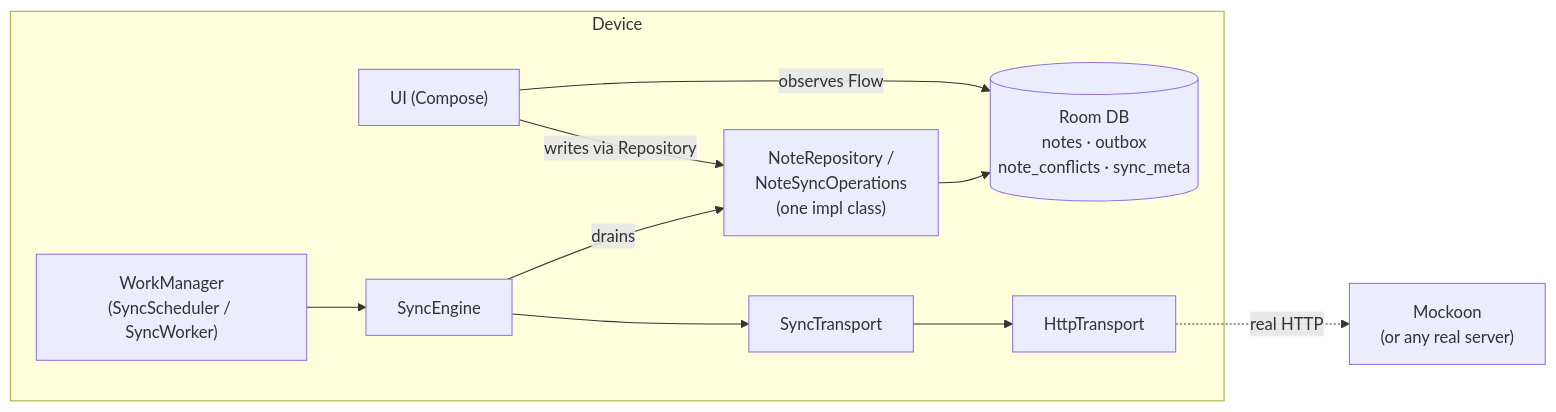
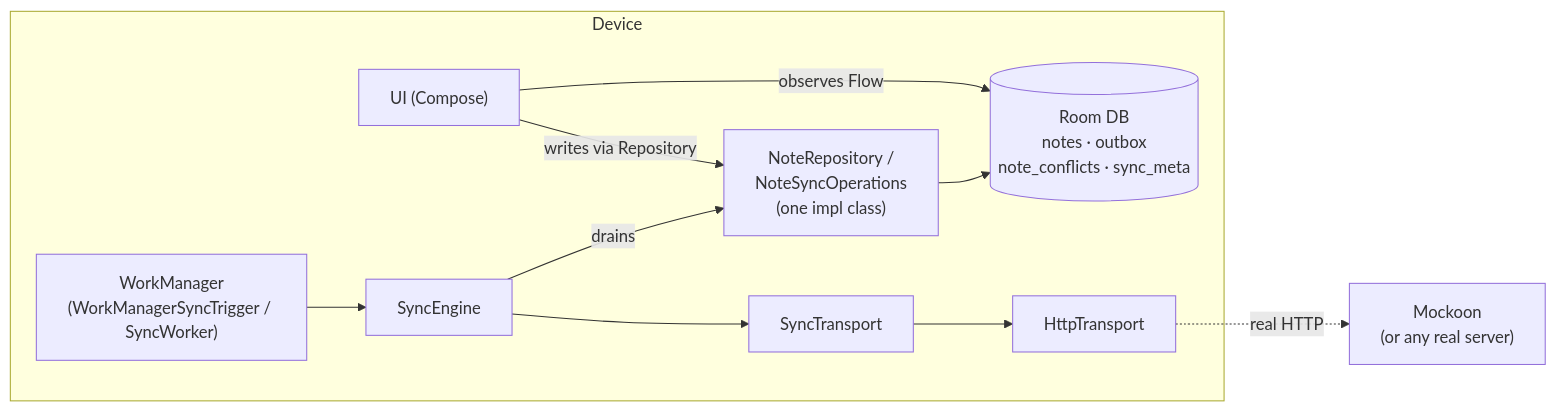
One commit to savvasg28/offline-notes changed the first of 4 diagrams in README.md. Above: the diagram before and after it, drawn with Mermaid. The commit also changed other lines of this file and 53 other files, not shown here.

First line of the commit message:
Address architecture review: drop :core:domain, split sync's trigger from its engine, add a design system, a shared test-fake module, and Gradle convention plugins

````diff
--- a/README.md
+++ b/README.md
@@ -34,15 +34,15 @@
 ```mermaid
 flowchart LR
     subgraph Device
         UI["UI (Compose)"] -- "writes via Repository" --> Repo
         Repo["NoteRepository /\nNoteSyncOperations\n(one impl class)"]
         Room[("Room DB\nnotes · outbox\nnote_conflicts · sync_meta")]
         UI -- "observes Flow" --> Room
         Repo --> Room
         Engine["SyncEngine"] -- "drains" --> Repo
-        Work["WorkManager\n(SyncScheduler / SyncWorker)"] --> Engine
+        Work["WorkManager\n(WorkManagerSyncTrigger / SyncWorker)"] --> Engine
         Engine --> Transport["SyncTransport"]
         Transport --> Http["HttpTransport"]
     end
     Http -. "real HTTP" .-> Backend["Mockoon\n(or any real server)"]
 ```
````
